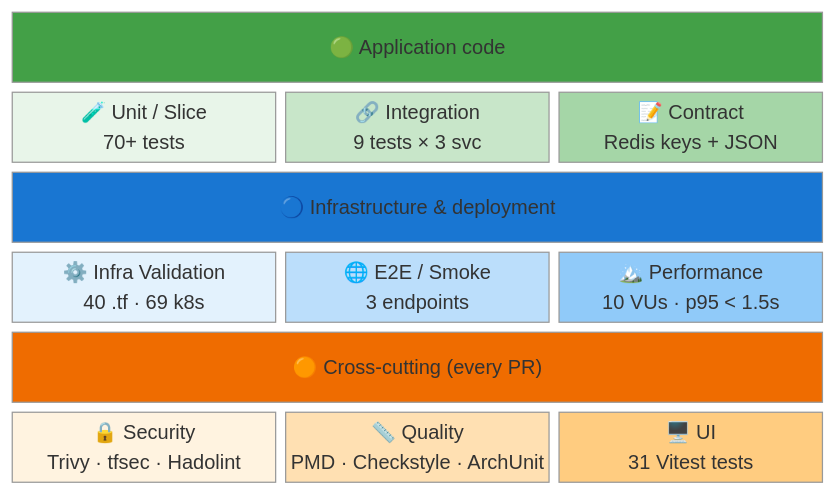
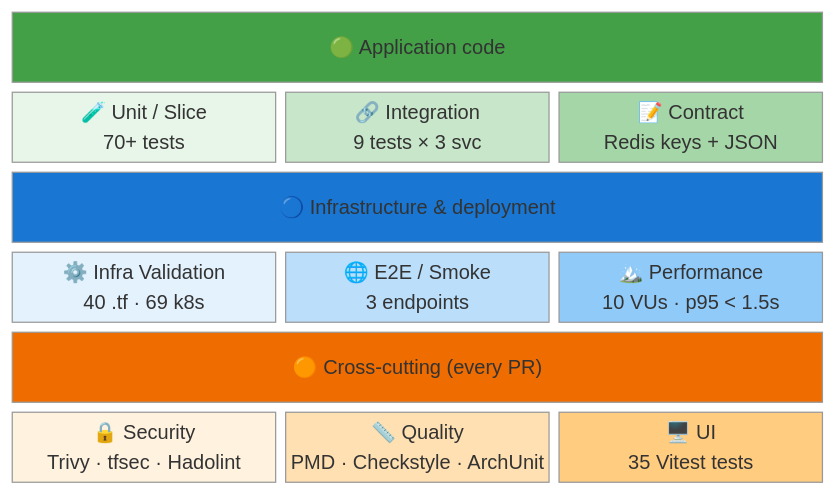
Before and after one commit to ClementV78/CloudRadar: the fourth of 7 diagrams in docs/testing-overview-en.md, drawn with Mermaid (neutral theme). The commit also changed other lines of this file and 6 other files, not shown here.

````diff
--- a/docs/testing-overview-en.md
+++ b/docs/testing-overview-en.md
@@ -152,34 +152,34 @@
 ```mermaid
 block-beta
   columns 3
 
   APP["🟢 Application code"]:3
   U["🧪 Unit / Slice<br>70+ tests"]:1
   I["🔗 Integration<br>9 tests × 3 svc"]:1
   C["📝 Contract<br>Redis keys + JSON"]:1
 
   INFRA["🔵 Infrastructure & deployment"]:3
   IV["⚙️ Infra Validation<br>40 .tf · 69 k8s"]:1
   E["🌐 E2E / Smoke<br>3 endpoints"]:1
   P["🏔️ Performance<br>10 VUs · p95 < 1.5s"]:1
 
   CROSS["🟠 Cross-cutting (every PR)"]:3
   S["🔒 Security<br>Trivy · tfsec · Hadolint"]:1
   Q["📏 Quality<br>PMD · Checkstyle · ArchUnit"]:1
-  UI["🖥️ UI<br>31 Vitest tests"]:1
+  UI["🖥️ UI<br>35 Vitest tests"]:1
 
   style APP fill:#43a047,color:#fff
   style U fill:#e8f5e9,color:#000
   style I fill:#c8e6c9,color:#000
   style C fill:#a5d6a7,color:#000
 
   style INFRA fill:#1976d2,color:#fff
   style IV fill:#e3f2fd,color:#000
   style E fill:#bbdefb,color:#000
   style P fill:#90caf9,color:#000
 
   style CROSS fill:#ef6c00,color:#fff
   style S fill:#fff3e0,color:#000
   style Q fill:#ffe0b2,color:#000
   style UI fill:#ffcc80,color:#000
 ```
````
